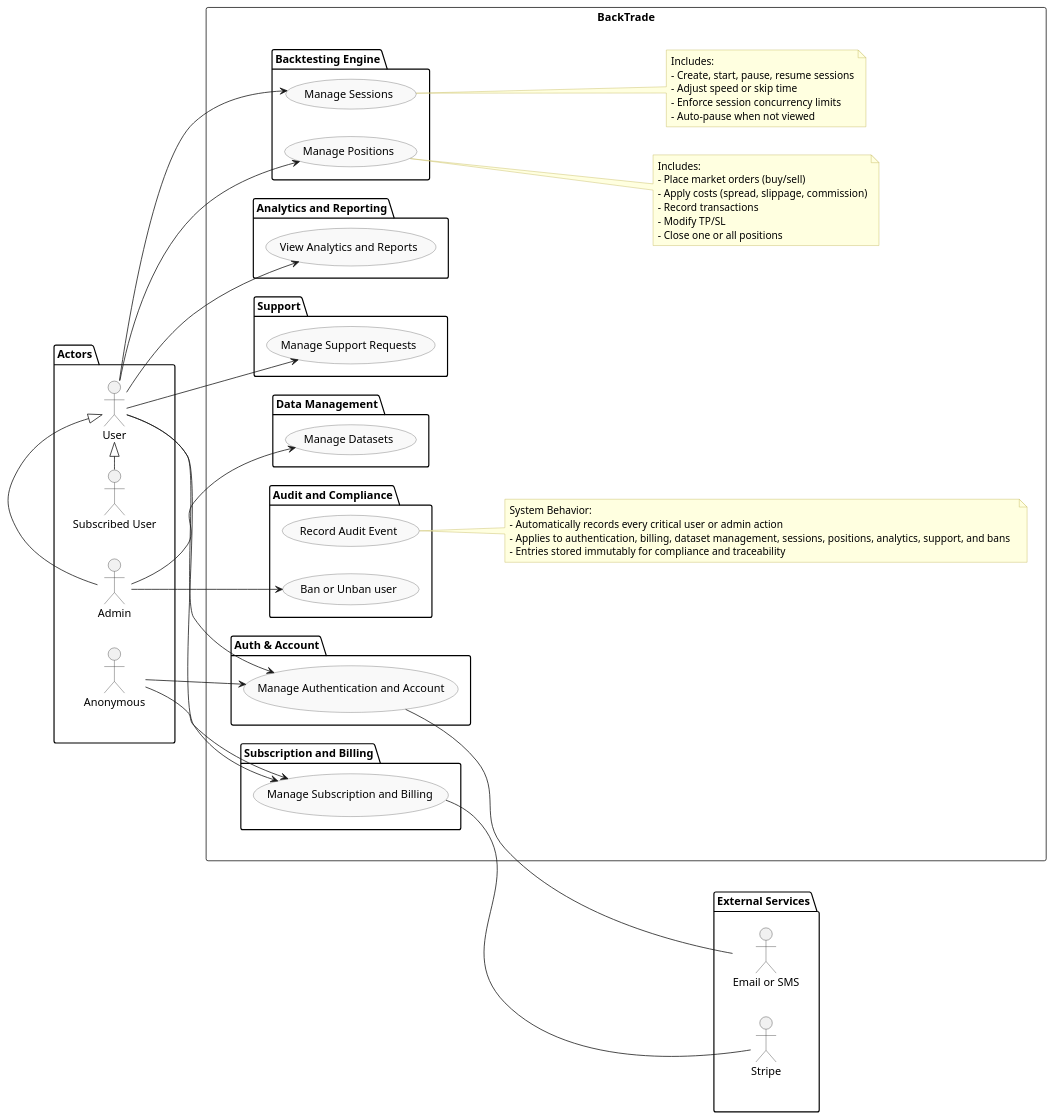
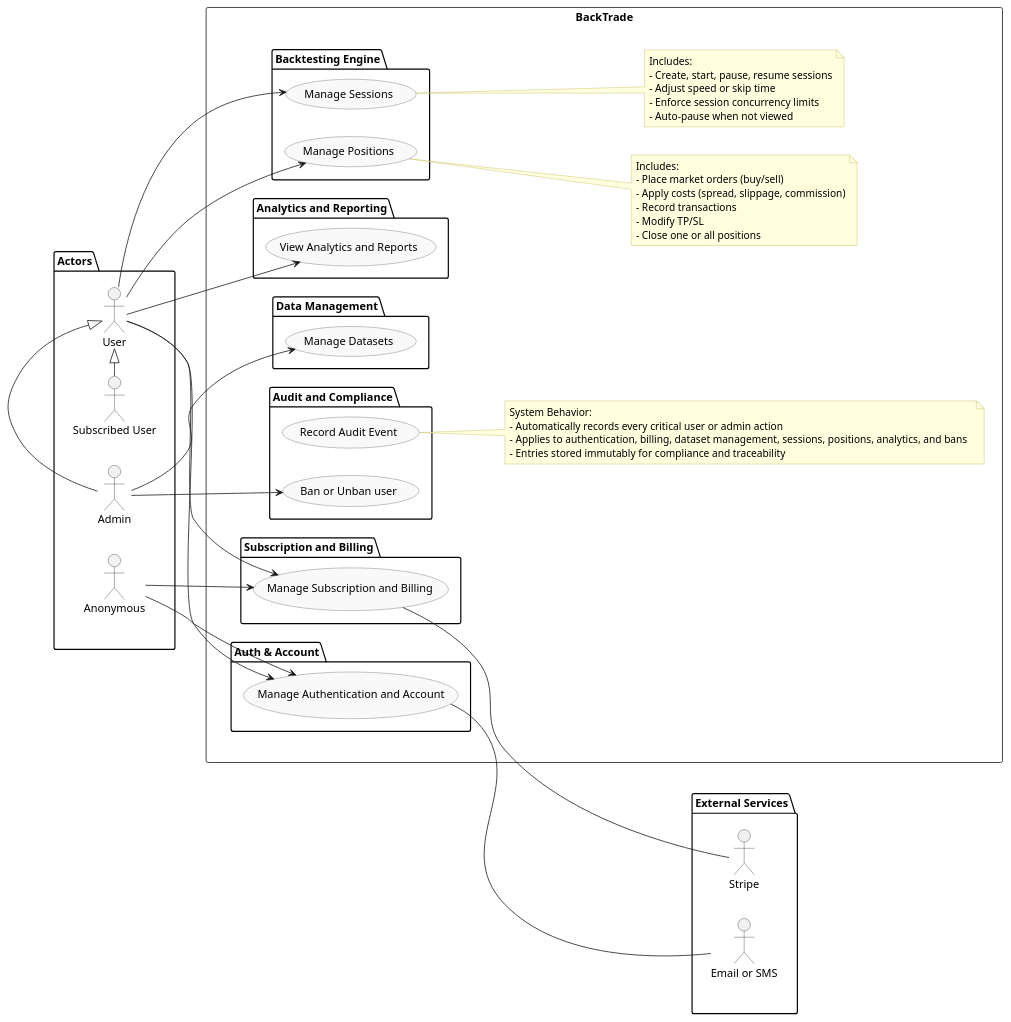
Before and after one commit to DamienReichhart/BackTrade: the diagram in documentation/uml/use-cases/use-cases.iuml, drawn with PlantUML. The commit also changed 40 other files, not shown here.

```diff
--- a/documentation/uml/use-cases/use-cases.iuml
+++ b/documentation/uml/use-cases/use-cases.iuml
@@ -1,107 +1,102 @@
 @startuml
 left to right direction
 skinparam usecaseBackgroundColor #f9f9f9
 skinparam usecaseBorderColor #666666
 skinparam actorBorderColor #333333
 skinparam noteBackgroundColor #ffffe0
 skinparam noteBorderColor #bfb24d
 
 ' === Actors ===
 package "Actors" as ACT {
   actor "Anonymous" as Anon
   actor "User" as User
   actor "Subscribed User" as Subscribed
   actor "Admin" as Admin
 
   Subscribed -|> User
   Admin -|> User
 }
 
 ' === System ===
 rectangle BackTrade {
   package "Auth & Account" as A {
     (Manage Authentication and Account) as UC_AUTH
   }
 
   package "Subscription and Billing" as B {
     (Manage Subscription and Billing) as UC_BILLING
   }
 
   package "Data Management" as C {
     (Manage Datasets) as UC_DATA
   }
 
   package "Backtesting Engine" as D {
     (Manage Sessions) as UC_SESSIONS
     (Manage Positions) as UC_POSITIONS
   }
 
   package "Analytics and Reporting" as E {
     (View Analytics and Reports) as UC_ANALYTICS
   }
 
-  package "Support" as F {
-    (Manage Support Requests) as UC_SUPPORT
-  }
-
   package "Audit and Compliance" as G {
     (Record Audit Event) as UC_AUDIT
     (Ban or Unban user) as UC_BAN
   }
 
   note right of UC_SESSIONS
   Includes:
   - Create, start, pause, resume sessions
   - Adjust speed or skip time
   - Enforce session concurrency limits
   - Auto-pause when not viewed
   end note
 
   note right of UC_POSITIONS
   Includes:
   - Place market orders (buy/sell)
   - Apply costs (spread, slippage, commission)
   - Record transactions
   - Modify TP/SL
   - Close one or all positions
   end note
 
   note right of UC_AUDIT
   System Behavior:
   - Automatically records every critical user or admin action  
-  - Applies to authentication, billing, dataset management, sessions, positions, analytics, support, and bans  
+  - Applies to authentication, billing, dataset management, sessions, positions, analytics, and bans  
   - Entries stored immutably for compliance and traceability
   end note
 }
 
 ' === External Services ===
 package "External Services" as EXT {
   actor "Stripe" as Stripe
   actor "Email or SMS" as Mail
 }
 
 ACT -[hidden]-> BackTrade
 BackTrade -[hidden]-> EXT
 
 ' === Actor links ===
 Anon --> UC_AUTH
 User --> UC_AUTH
 
 Anon --> UC_BILLING
 User --> UC_BILLING
 
 Admin --> UC_DATA
 
 User --> UC_SESSIONS
 User --> UC_POSITIONS
 
 User --> UC_ANALYTICS
 
-User --> UC_SUPPORT
 Admin --> UC_BAN
 
 ' === Integrations ===
 UC_BILLING -right- Stripe
 UC_AUTH -right- Mail
 
 @enduml
```
